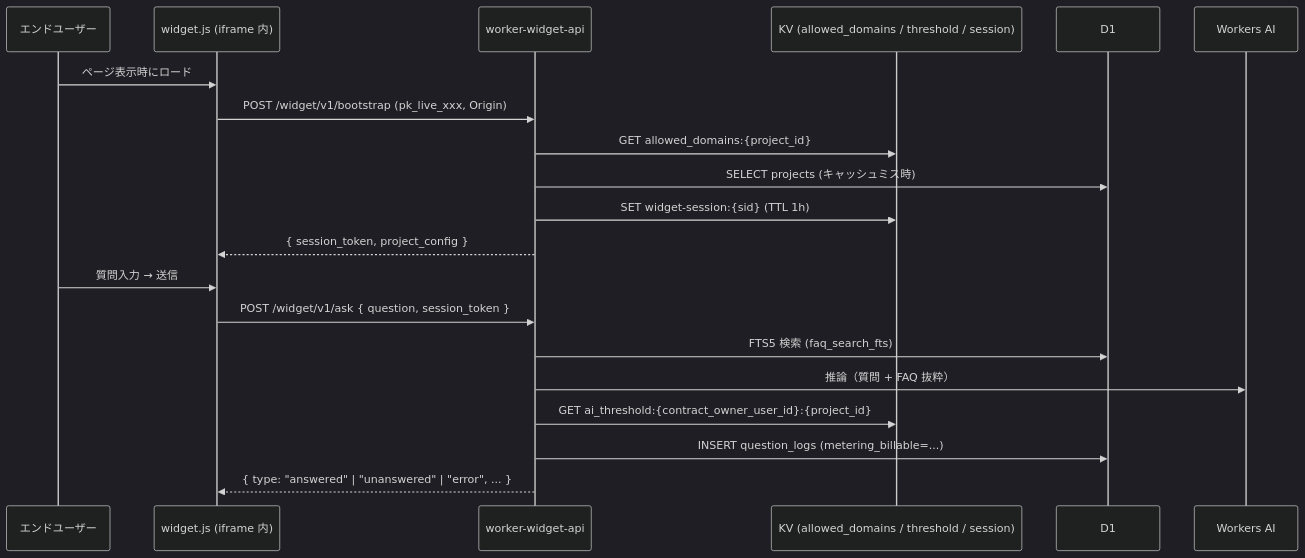
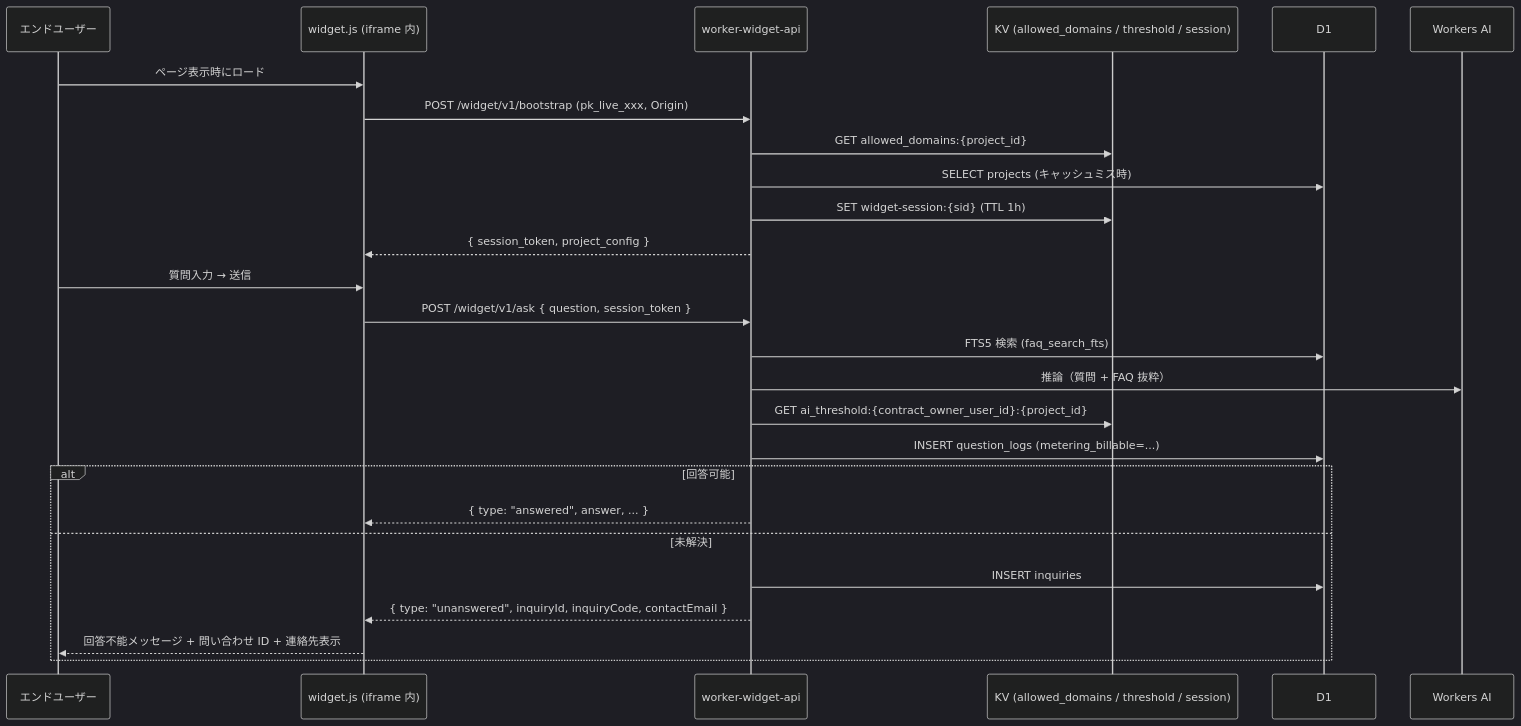
Before and after one commit to sikakou54/open-faq: the diagram in 01_メインシステム/03_詳細設計/DD13_ウィジェット配信.md, drawn with Mermaid (dark theme). The commit also changed other lines of this file and 62 other files, not shown here.

````diff
--- a/01_メインシステム/03_詳細設計/DD13_ウィジェット配信.md
+++ b/01_メインシステム/03_詳細設計/DD13_ウィジェット配信.md
@@ -42,23 +41,29 @@
 ```mermaid
 sequenceDiagram
   participant E as エンドユーザー
   participant W as widget.js (iframe 内)
   participant API as worker-widget-api
   participant K as KV (allowed_domains / threshold / session)
   participant D as D1
   participant AI as Workers AI
 
   E->>W: ページ表示時にロード
   W->>API: POST /widget/v1/bootstrap (pk_live_xxx, Origin)
   API->>K: GET allowed_domains:{project_id}
   API->>D: SELECT projects (キャッシュミス時)
   API->>K: SET widget-session:{sid} (TTL 1h)
   API-->>W: { session_token, project_config }
   E->>W: 質問入力 → 送信
   W->>API: POST /widget/v1/ask { question, session_token }
   API->>D: FTS5 検索 (faq_search_fts)
   API->>AI: 推論（質問 + FAQ 抜粋）
   API->>K: GET ai_threshold:{contract_owner_user_id}:{project_id}
   API->>D: INSERT question_logs (metering_billable=...)
-  API-->>W: { type: "answered" | "unanswered" | "error", ... }
+  alt 回答可能
+    API-->>W: { type: "answered", answer, ... }
+  else 未解決
+    API->>D: INSERT inquiries
+    API-->>W: { type: "unanswered", inquiryId, inquiryCode, contactEmail }
+    W-->>E: 回答不能メッセージ + 問い合わせ ID + 連絡先表示
+  end
 ```
````
